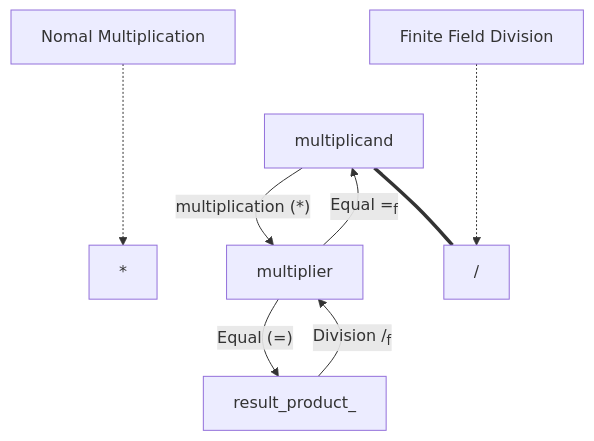
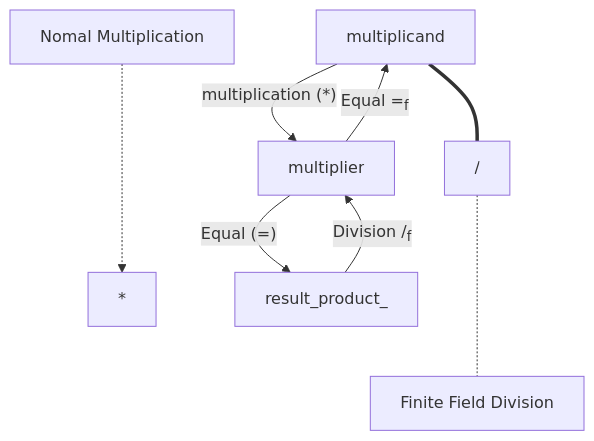
One commit to will-bc/Blockchain-Cryptocurrency changed the third of 3 diagrams in Finite_Field/README.md. Above: the diagram before and after it, drawn with Mermaid.

````diff
--- a/Finite_Field/README.md
+++ b/Finite_Field/README.md
@@ -49,15 +49,15 @@
 ```mermaid 
 graph TB 
 
 A["Nomal Multiplication"] -..-> *
 
 multiplicand --"multiplication (*)" --> multiplier-->|"Equal (=)"|result_product_ 
 
 result_product_-- "Division /<sub>f</sub>" -->multiplier
 multiplier--"Equal =<sub>f</sub>" -->multiplicand
 
-multiplicand  === / 
+multiplicand  === / <-..- B["Finite Field Division"]
 
-B["Finite Field Division"] -..-> /
+
 
 ```
````
